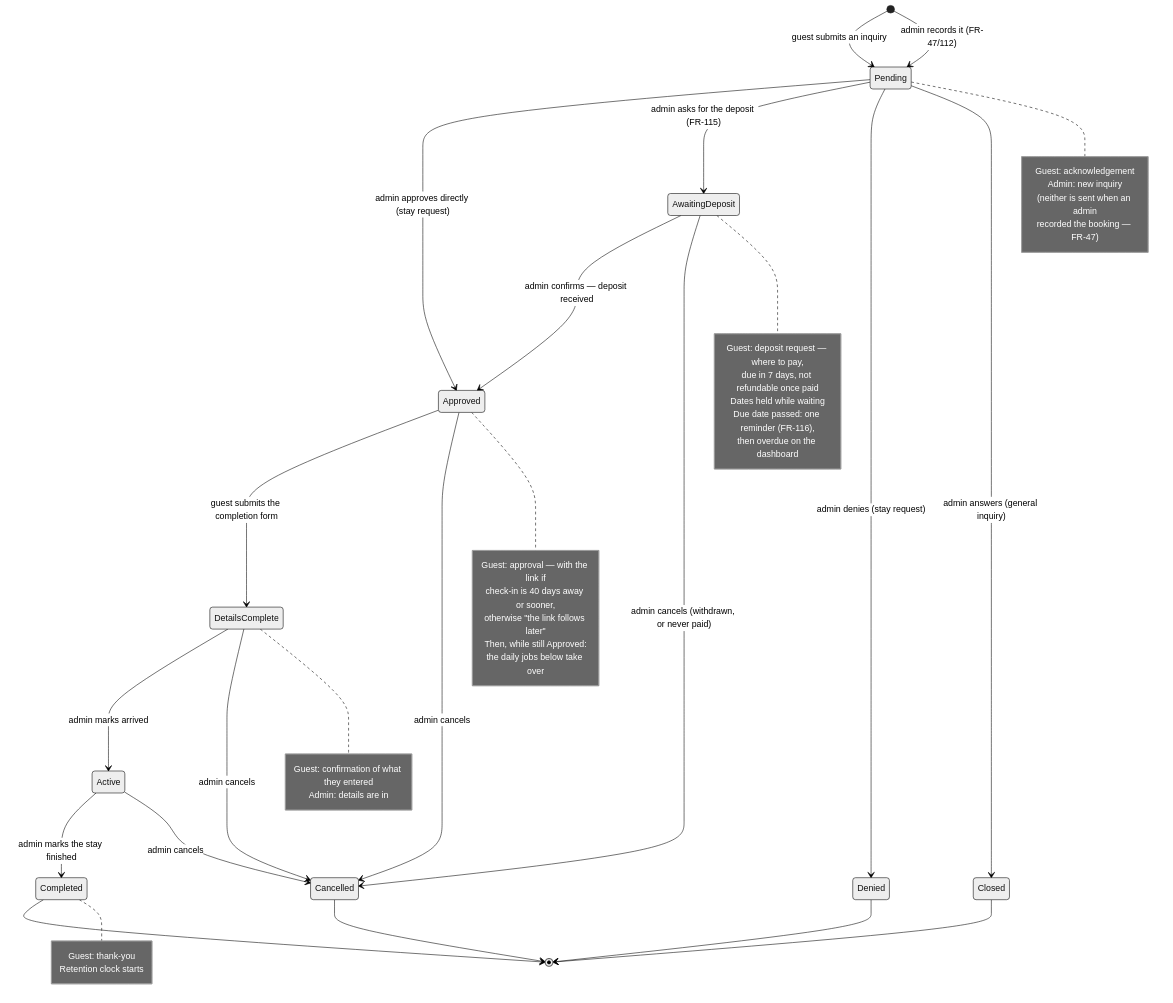
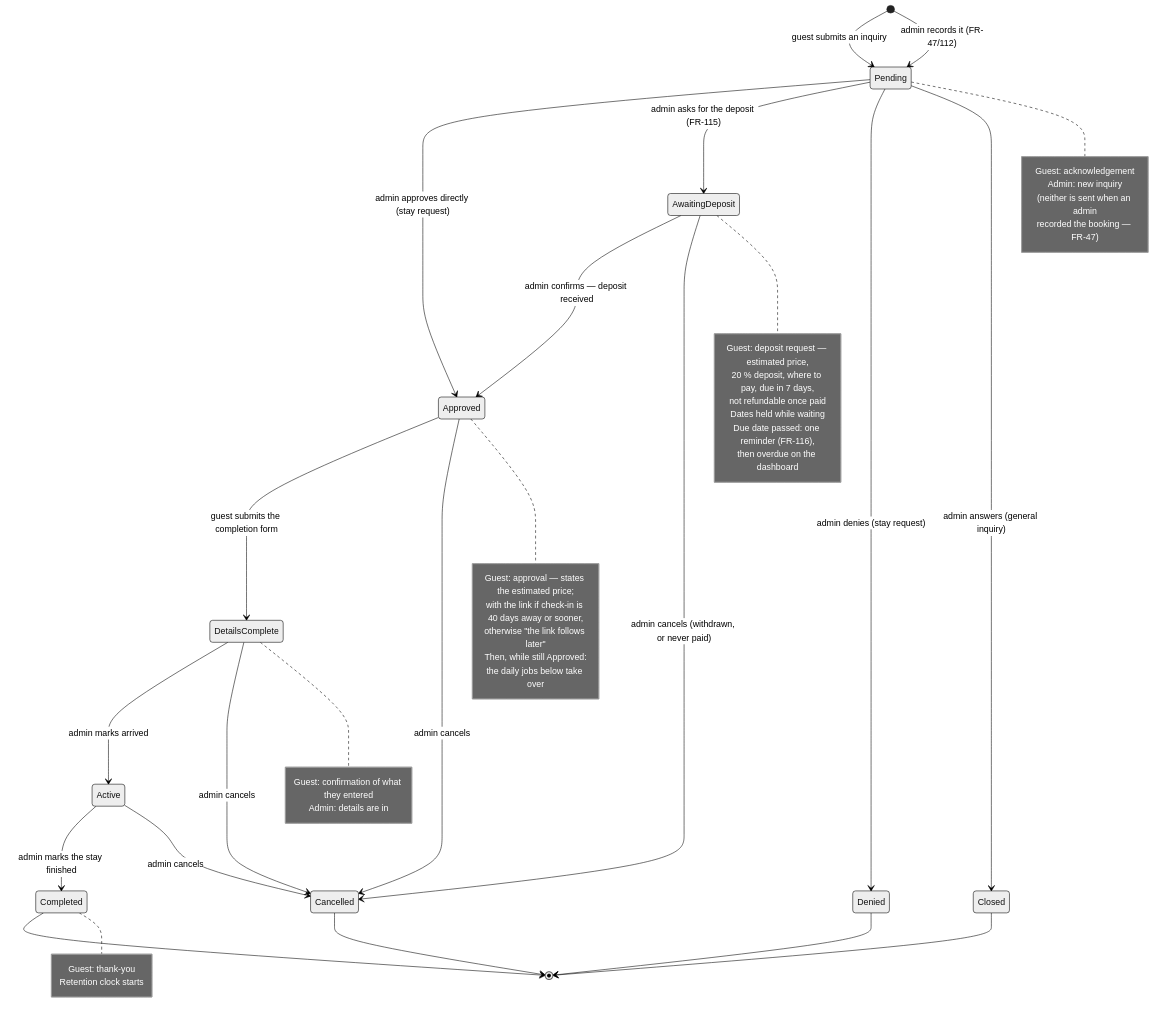
The first of 4 diagrams in docs/product/booking-lifecycle-timeline.md (eliya-amanoeel/akerogarden), drawn with Mermaid (neutral theme) before and after one commit. The commit also changed 37 other files, not shown here.

Commit message:
Merge pull request 105 from feat/booking-price into main

````diff
--- a/docs/product/booking-lifecycle-timeline.md
+++ b/docs/product/booking-lifecycle-timeline.md
@@ -13,62 +13,63 @@
 ```mermaid
 stateDiagram-v2
     direction TB
 
     [*] --> Pending: guest submits an inquiry
     [*] --> Pending: admin records it (FR-47/112)
 
     Pending --> Approved: admin approves directly (stay request)
     Pending --> AwaitingDeposit: admin asks for the deposit (FR-115)
     Pending --> Denied: admin denies (stay request)
     Pending --> Closed: admin answers (general inquiry)
 
     AwaitingDeposit --> Approved: admin confirms — deposit received
     AwaitingDeposit --> Cancelled: admin cancels (withdrawn, or never paid)
 
     Approved --> DetailsComplete: guest submits the completion form
     Approved --> Cancelled: admin cancels
 
     DetailsComplete --> Active: admin marks arrived
     DetailsComplete --> Cancelled: admin cancels
 
     Active --> Completed: admin marks the stay finished
     Active --> Cancelled: admin cancels
 
     Denied --> [*]
     Closed --> [*]
     Cancelled --> [*]
     Completed --> [*]
 
     note right of Pending
         Guest: acknowledgement
         Admin: new inquiry
         (neither is sent when an admin
         recorded the booking — FR-47)
     end note
 
     note right of AwaitingDeposit
-        Guest: deposit request — where to pay,
-        due in 7 days, not refundable once paid
+        Guest: deposit request — estimated price,
+        20 % deposit, where to pay, due in 7 days,
+        not refundable once paid
         Dates held while waiting
         Due date passed: one reminder (FR-116),
         then overdue on the dashboard
     end note
 
     note right of Approved
-        Guest: approval — with the link if
-        check-in is 40 days away or sooner,
+        Guest: approval — states the estimated price;
+        with the link if check-in is 40 days away or sooner,
         otherwise "the link follows later"
         Then, while still Approved:
         the daily jobs below take over
     end note
 
     note right of DetailsComplete
         Guest: confirmation of what they entered
         Admin: details are in
     end note
 
     note right of Completed
         Guest: thank-you
         Retention clock starts
     end note
 ```
````
